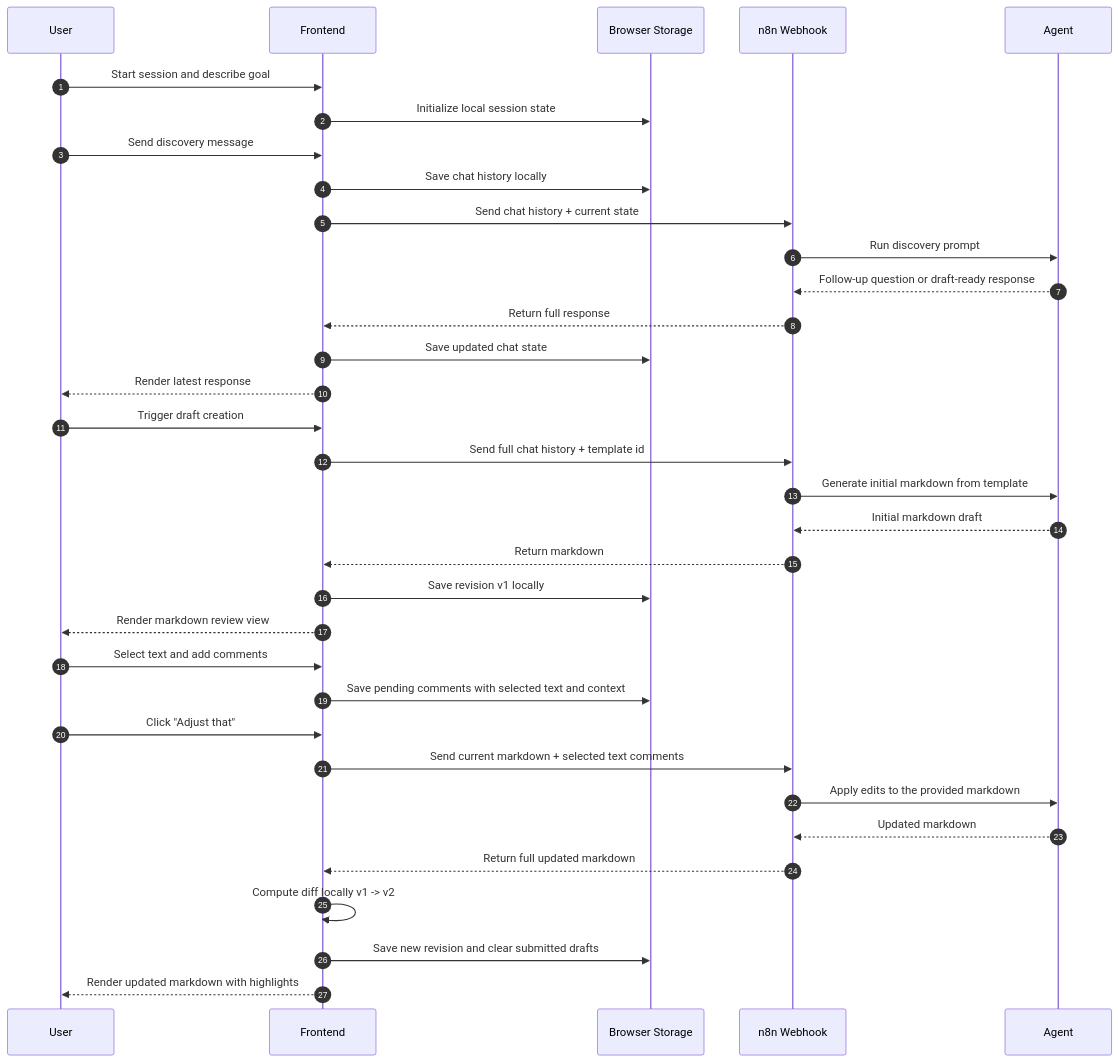
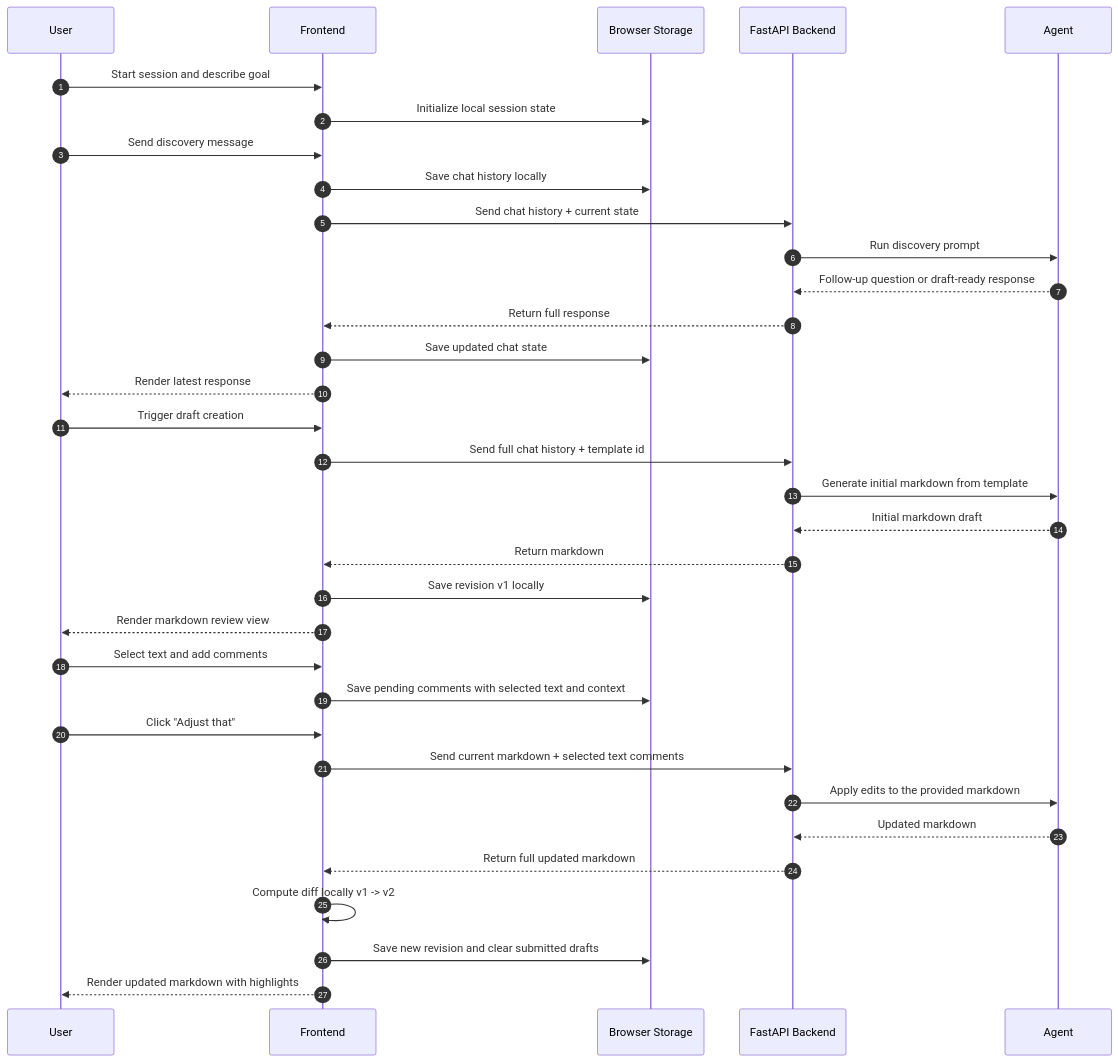
Before and after one commit to snw7/fls-hack-26: the diagram in docs/revision-comment-flow.md, drawn with Mermaid. The commit also changed other lines of this file and 25 other files, not shown here.

````diff
--- a/docs/revision-comment-flow.md
+++ b/docs/revision-comment-flow.md
@@ -5,40 +5,40 @@
 ```mermaid
 sequenceDiagram
     autonumber
     participant U as User
     participant FE as Frontend
     participant LS as Browser Storage
-    participant WH as n8n Webhook
+    participant WH as FastAPI Backend
     participant A as Agent
 
     U->>FE: Start session and describe goal
     FE->>LS: Initialize local session state
 
     U->>FE: Send discovery message
     FE->>LS: Save chat history locally
     FE->>WH: Send chat history + current state
     WH->>A: Run discovery prompt
     A-->>WH: Follow-up question or draft-ready response
     WH-->>FE: Return full response
     FE->>LS: Save updated chat state
     FE-->>U: Render latest response
 
     U->>FE: Trigger draft creation
     FE->>WH: Send full chat history + template id
     WH->>A: Generate initial markdown from template
     A-->>WH: Initial markdown draft
     WH-->>FE: Return markdown
     FE->>LS: Save revision v1 locally
     FE-->>U: Render markdown review view
 
     U->>FE: Select text and add comments
     FE->>LS: Save pending comments with selected text and context
     U->>FE: Click "Adjust that"
     FE->>WH: Send current markdown + selected text comments
     WH->>A: Apply edits to the provided markdown
     A-->>WH: Updated markdown
     WH-->>FE: Return full updated markdown
     FE->>FE: Compute diff locally v1 -> v2
     FE->>LS: Save new revision and clear submitted drafts
     FE-->>U: Render updated markdown with highlights
 ```
````
